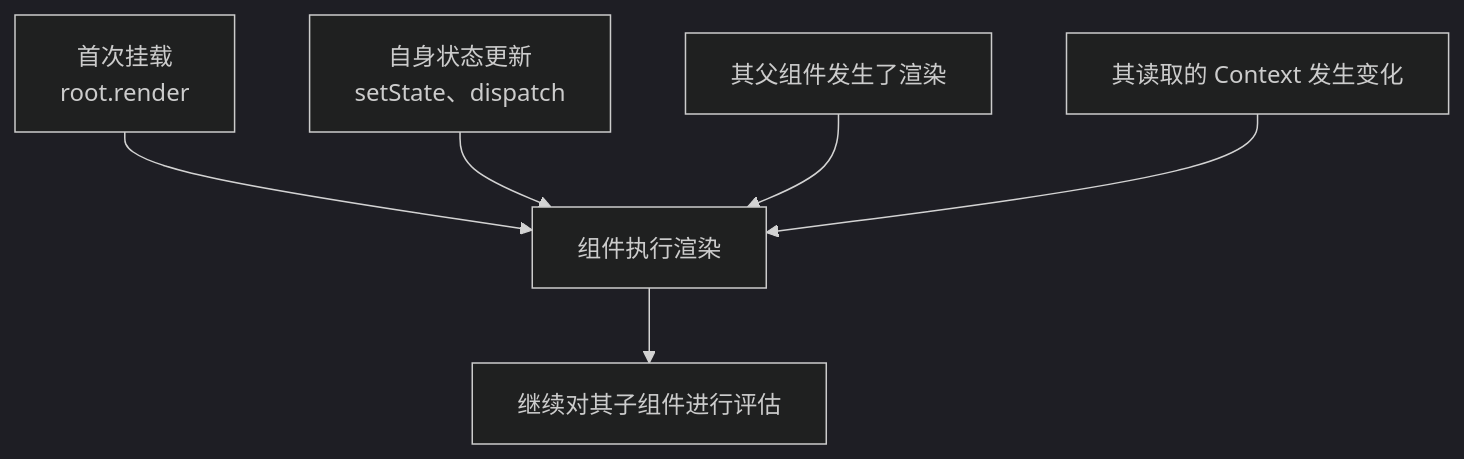
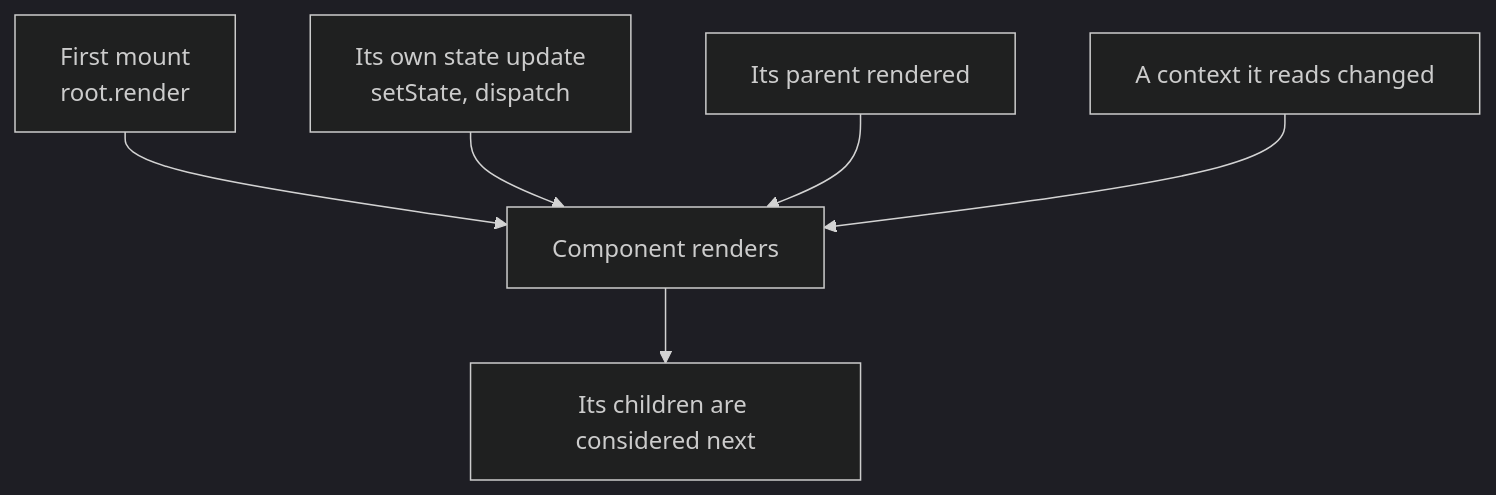
One commit to ZhaoTim/react-garden-zh changed the first of 2 diagrams in content/react-concepts/03 What Rendering Really Means.md. Above: the diagram before and after it, drawn with Mermaid (dark theme). The commit also changed other lines of this file and 12 other files, not shown here.

Commit message:
fix: restore all Mermaid diagrams to original English technical terms

````diff
--- a/content/react-concepts/03 What Rendering Really Means.md
+++ b/content/react-concepts/03 What Rendering Really Means.md
@@ -36,8 +36,8 @@
 ```mermaid
 flowchart TD
-    A["首次挂载<br/>root.render"] --> R[组件执行渲染]
-    B["自身状态更新<br/>setState、dispatch"] --> R
-    C[其父组件发生了渲染] --> R
-    D[其读取的 Context 发生变化] --> R
-    R --> K[继续对其子组件进行评估]
+    A["First mount<br/>root.render"] --> R[Component renders]
+    B["Its own state update<br/>setState, dispatch"] --> R
+    C[Its parent rendered] --> R
+    D[A context it reads changed] --> R
+    R --> K[Its children are considered next]
 ```
````
